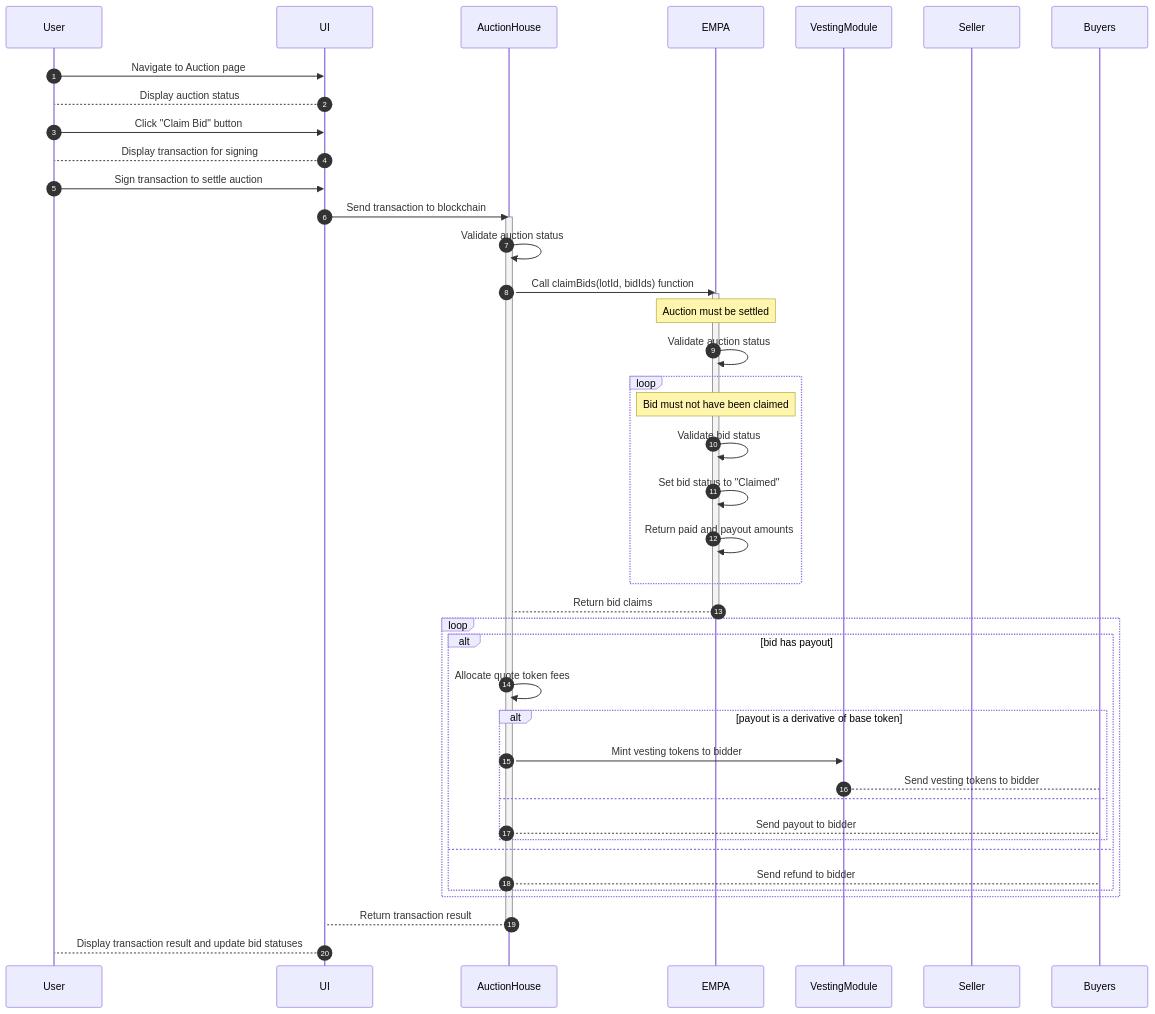
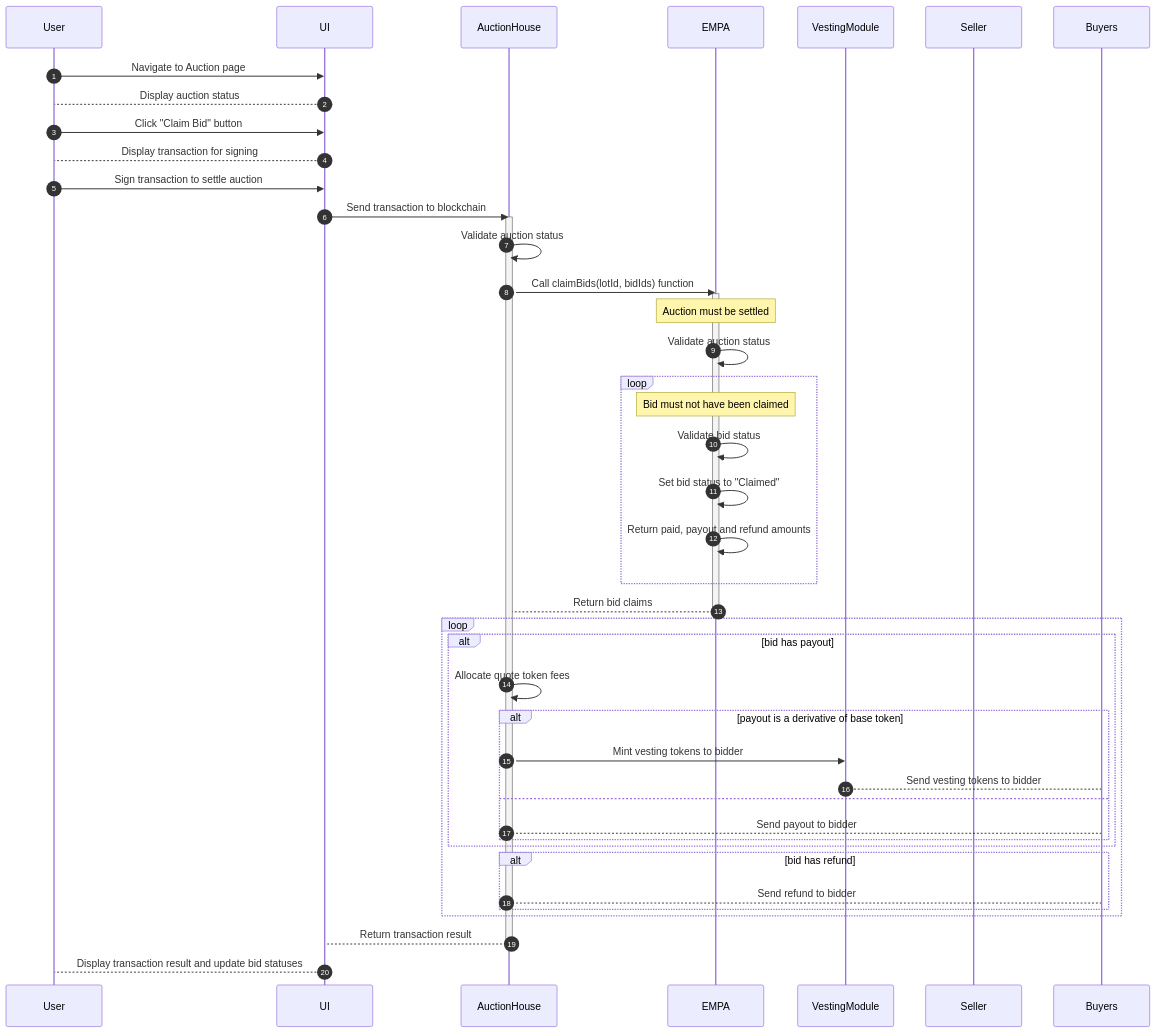
One commit to Axis-Fi/axis-core changed the ninth of 9 diagrams in design/EMPA.md. Above: the diagram before and after it, drawn with Mermaid. The commit also changed other lines of this file, not shown here.

````diff
--- a/design/EMPA.md
+++ b/design/EMPA.md
@@ -427,48 +449,50 @@
 ```mermaid
 sequenceDiagram
   autoNumber
   participant User
   participant UI
   participant AuctionHouse
   participant EMPA
   participant VestingModule
   participant Seller
   participant Buyers
 
   User->>UI: Navigate to Auction page
   UI-->User: Display auction status
   User->>UI: Click "Claim Bid" button
   UI-->User: Display transaction for signing
   User->>UI: Sign transaction to settle auction
   UI->>AuctionHouse: Send transaction to blockchain
   activate AuctionHouse
       AuctionHouse->>AuctionHouse: Validate auction status
       AuctionHouse->>EMPA: Call claimBids(lotId, bidIds) function
       activate EMPA
           Note over EMPA: Auction must be settled
           EMPA->>EMPA: Validate auction status
           loop
             Note over EMPA: Bid must not have been claimed
             EMPA->>EMPA: Validate bid status
             EMPA->>EMPA: Set bid status to "Claimed"
-            EMPA->>EMPA: Return paid and payout amounts
+            EMPA->>EMPA: Return paid, payout and refund amounts
           end
           EMPA-->AuctionHouse: Return bid claims
       deactivate EMPA
       loop
         alt bid has payout
           AuctionHouse->>AuctionHouse: Allocate quote token fees
           alt payout is a derivative of base token
             AuctionHouse->>VestingModule: Mint vesting tokens to bidder
             VestingModule-->Buyers: Send vesting tokens to bidder
           else
             AuctionHouse-->Buyers: Send payout to bidder
           end
-        else
+        end
+
+        alt bid has refund
           AuctionHouse-->Buyers: Send refund to bidder
         end
       end
       AuctionHouse-->UI: Return transaction result
   deactivate AuctionHouse
   UI-->User: Display transaction result and update bid statuses
 ```
````
